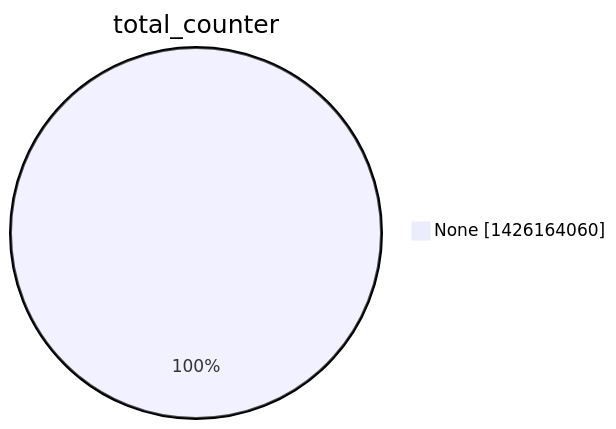
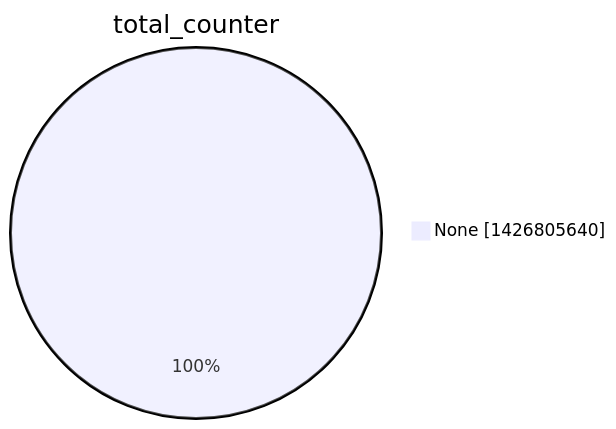
One commit to christiankrug/ctmonitor_visualization changed the second of 15 diagrams in argon2022/README.md. Above: the diagram before and after it, drawn with Mermaid. The commit also changed other lines of this file, not shown here.

````diff
--- a/argon2022/README.md
+++ b/argon2022/README.md
@@ -9,5 +9,5 @@
 ```mermaid
 pie showData
 title total_counter
-"None" :1426164060
+"None" :1426805640
 ```
````
